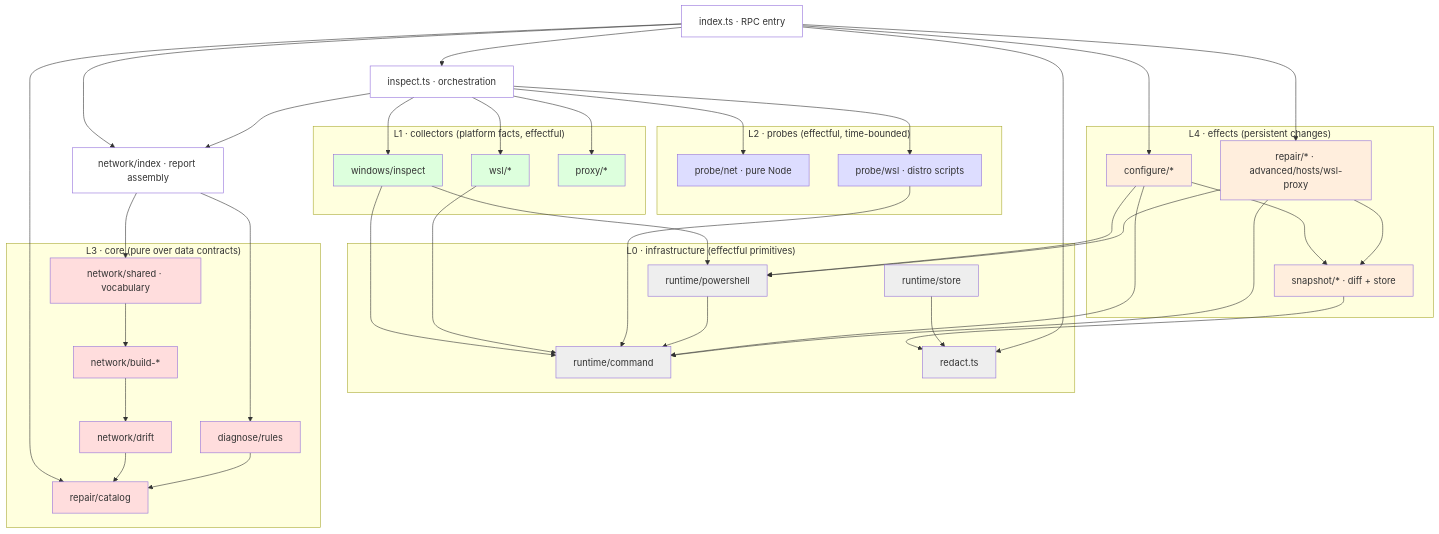
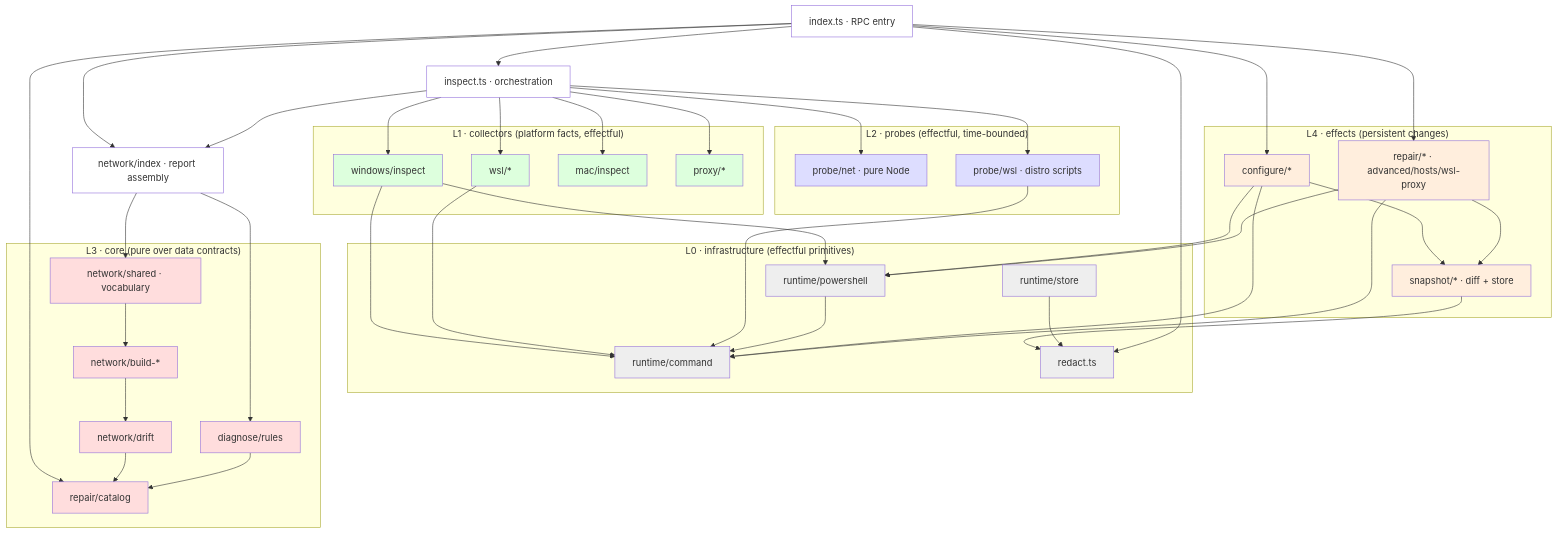
One commit to kanneiren/dsh-network-settings changed the third of 6 diagrams in docs/architecture.md. Above: the diagram before and after it, drawn with Mermaid. The commit also changed other lines of this file and 6 other files, not shown here.

First line of the commit message:
feat(macOS): UI adaptation + comprehensive docs/architecture update

````diff
--- a/docs/architecture.md
+++ b/docs/architecture.md
@@ -62,49 +64,50 @@
 ```mermaid
 flowchart TD
   subgraph L0["L0 · infrastructure (effectful primitives)"]
     CMD["runtime/command"]:::inf
     PS["runtime/powershell"]:::inf
     STORE["runtime/store"]:::inf
     REDACT["redact.ts"]:::inf
   end
   subgraph L1["L1 · collectors (platform facts, effectful)"]
     WINI["windows/inspect"]:::col
     WSLI["wsl/*"]:::col
+    MACI["mac/inspect"]:::col
     PROXY["proxy/*"]:::col
   end
   subgraph L2["L2 · probes (effectful, time-bounded)"]
     PNET["probe/net · pure Node"]:::probe
     PWSL["probe/wsl · distro scripts"]:::probe
   end
   subgraph L3["L3 · core (pure over data contracts)"]
     SHARED["network/shared · vocabulary"]:::core
     BUILD["network/build-*"]:::core
     DRIFTM["network/drift"]:::core
     RULESM["diagnose/rules"]:::core
     CATM["repair/catalog"]:::core
   end
   subgraph L4["L4 · effects (persistent changes)"]
     CONF["configure/*"]:::eff
     REPM["repair/* · advanced/hosts/wsl-proxy"]:::eff
     SNAP["snapshot/* · diff + store"]:::eff
   end
   ENTRY["index.ts · RPC entry"]:::entry
   INSPECT["inspect.ts · orchestration"]:::entry
   NETIDX["network/index · report assembly"]:::entry
 
   ENTRY --> INSPECT & NETIDX & CONF & REPM & CATM
-  INSPECT --> WINI & WSLI & PROXY & PNET & PWSL & NETIDX
+  INSPECT --> WINI & WSLI & MACI & PROXY & PNET & PWSL & NETIDX
   NETIDX --> SHARED --> BUILD --> DRIFTM
   NETIDX --> RULESM
   DRIFTM & RULESM --> CATM
   CONF & REPM --> SNAP
   WINI & WSLI & PWSL & PS & CONF & REPM --> CMD
   WINI & CONF & REPM --> PS
   SNAP & STORE & ENTRY --> REDACT
   classDef inf fill:#eee
   classDef col fill:#dfd
   classDef probe fill:#ddf
   classDef core fill:#fdd
   classDef eff fill:#fed
   classDef entry fill:#fff
 ```
````
